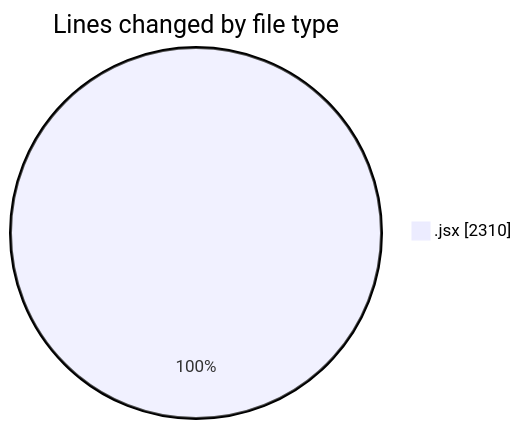
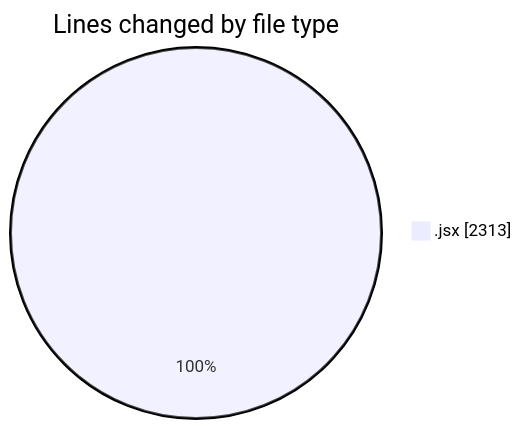
One commit to nxtqubesakshisongat/code-tracking changed the first of 2 diagrams in 2025-10-14/nxtqube_webapp/README.md. Above: the diagram before and after it, drawn with Mermaid. The commit also changed other lines of this file and 1 other file, not shown here.

````diff
--- a/2025-10-14/nxtqube_webapp/README.md
+++ b/2025-10-14/nxtqube_webapp/README.md
@@ -21,5 +21,5 @@
 ```mermaid
 pie showData
 title Lines changed by file type
-".jsx" : 2310
+".jsx" : 2313
 ```
````
